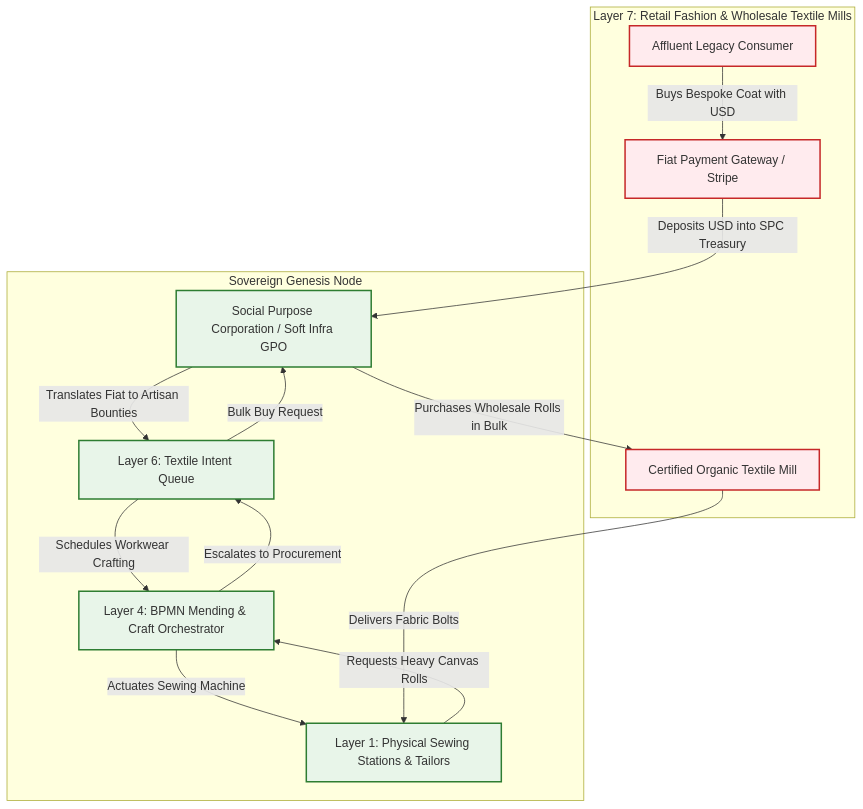
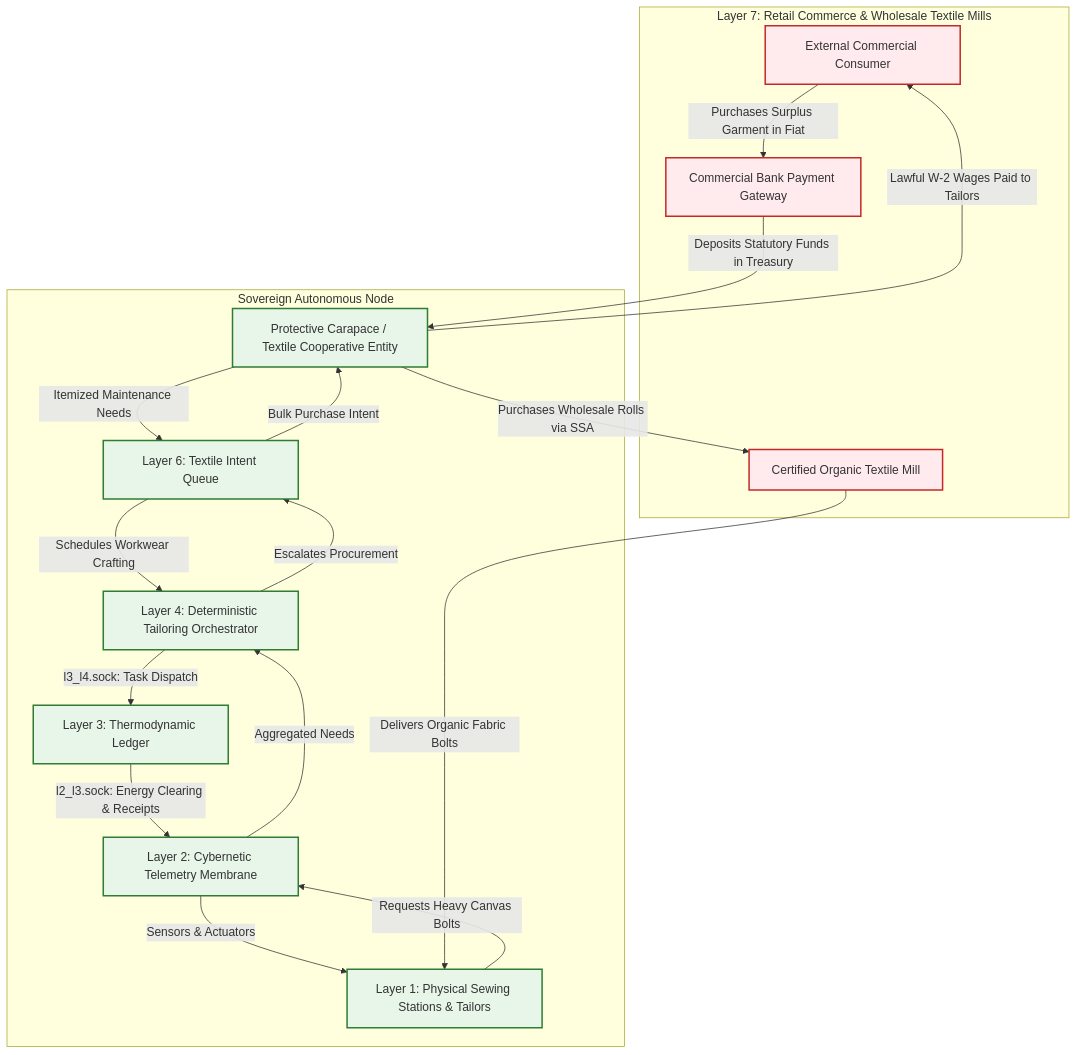
The fourth of 4 diagrams in docs/scenarios/nu_fashion.md (raffaine/collective), drawn with Mermaid before and after one commit. The commit also changed other lines of this file and 23 other files, not shown here.

````diff
--- a/docs/scenarios/nu_fashion.md
+++ b/docs/scenarios/nu_fashion.md
@@ -154,34 +194,40 @@
 ```mermaid
 graph TD
-    subgraph Legacy Market [Layer 7: Retail Fashion & Wholesale Textile Mills]
-        Web2Consumer[Affluent Legacy Consumer]
-        Stripe[Fiat Payment Gateway / Stripe]
+    subgraph Legacy Market [Layer 7: Retail Commerce & Wholesale Textile Mills]
+        Consumer[External Commercial Consumer]
+        BankGateway[Commercial Bank Payment Gateway]
         WholesaleMill[Certified Organic Textile Mill]
     end
 
-    subgraph The Collective [Sovereign Genesis Node]
-        SPC[Social Purpose Corporation / Soft Infra GPO]
+    subgraph The Collective [Sovereign Autonomous Node]
+        Carapace[Protective Carapace / Textile Cooperative Entity]
         L6[Layer 6: Textile Intent Queue]
-        L4[Layer 4: BPMN Mending & Craft Orchestrator]
+        L4[Layer 4: Deterministic Tailoring Orchestrator]
+        L3[Layer 3: Thermodynamic Ledger]
+        L2[Layer 2: Cybernetic Telemetry Membrane]
         L1[Layer 1: Physical Sewing Stations & Tailors]
     end
 
-    %% Inbound Fiat Flow
-    Web2Consumer -->|Buys Bespoke Coat with USD| Stripe
-    Stripe -->|Deposits USD into SPC Treasury| SPC
-    SPC -->|Translates Fiat to Artisan Bounties| L6
+    %% Inbound Commercial Flow
+    Consumer -->|Purchases Surplus Garment in Fiat| BankGateway
+    BankGateway -->|Deposits Statutory Funds in Treasury| Carapace
+    Carapace -->|Lawful W-2 Wages Paid to Tailors| Consumer
+    Carapace -->|Itemized Maintenance Needs| L6
     L6 -->|Schedules Workwear Crafting| L4
-    L4 -->|Actuates Sewing Machine| L1
+    L4 -->|l3_l4.sock: Task Dispatch| L3
+    L3 -->|l2_l3.sock: Energy Clearing & Receipts| L2
+    L2 -->|Sensors & Actuators| L1
 
-    %% Outbound Bulk Procurement Flow
-    L1 -->|Requests Heavy Canvas Rolls| L4
-    L4 -->|Escalates to Procurement| L6
-    L6 -->|Bulk Buy Request| SPC
-    SPC -->|Purchases Wholesale Rolls in Bulk| WholesaleMill
-    WholesaleMill -->|Delivers Fabric Bolts| L1
+    %% Bulk Wholesale Procurement Flow
+    L1 -->|Requests Heavy Canvas Bolts| L2
+    L2 -->|Aggregated Needs| L4
+    L4 -->|Escalates Procurement| L6
+    L6 -->|Bulk Purchase Intent| Carapace
+    Carapace -->|Purchases Wholesale Rolls via SSA| WholesaleMill
+    WholesaleMill -->|Delivers Organic Fabric Bolts| L1
 
     classDef legacy fill:#ffebee,stroke:#c62828,stroke-width:2px;
     classDef sovereign fill:#e8f5e9,stroke:#2e7d32,stroke-width:2px;
-    class Web2Consumer,Stripe,WholesaleMill legacy;
-    class SPC,L6,L4,L1 sovereign;
+    class Consumer,BankGateway,WholesaleMill legacy;
+    class Carapace,L6,L4,L3,L2,L1 sovereign;
 ```
````
